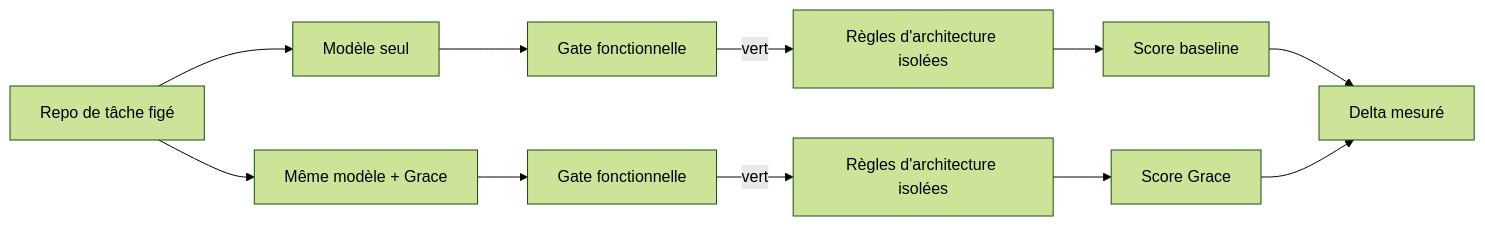
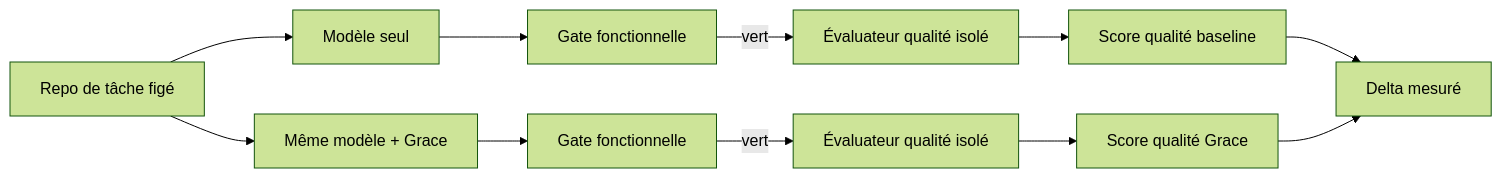
The first of 4 diagrams in README.fr.md (HoppR-tech/codeconform-bench), drawn with Mermaid (forest theme) before and after one commit. The commit also changed other lines of this file and 38 other files, not shown here.

````diff
--- a/README.fr.md
+++ b/README.fr.md
@@ -34,13 +35,13 @@
 ```mermaid
 flowchart LR
     T[Repo de tâche figé] --> B[Modèle seul]
     T --> G[Même modèle + Grace]
     B --> F1[Gate fonctionnelle]
     G --> F2[Gate fonctionnelle]
-    F1 -->|vert| A1[Règles d'architecture isolées]
-    F2 -->|vert| A2[Règles d'architecture isolées]
-    A1 --> S1[Score baseline]
-    A2 --> S2[Score Grace]
+    F1 -->|vert| A1[Évaluateur qualité isolé]
+    F2 -->|vert| A2[Évaluateur qualité isolé]
+    A1 --> S1[Score qualité baseline]
+    A2 --> S2[Score qualité Grace]
     S1 --> D[Delta mesuré]
     S2 --> D
 ```
````
